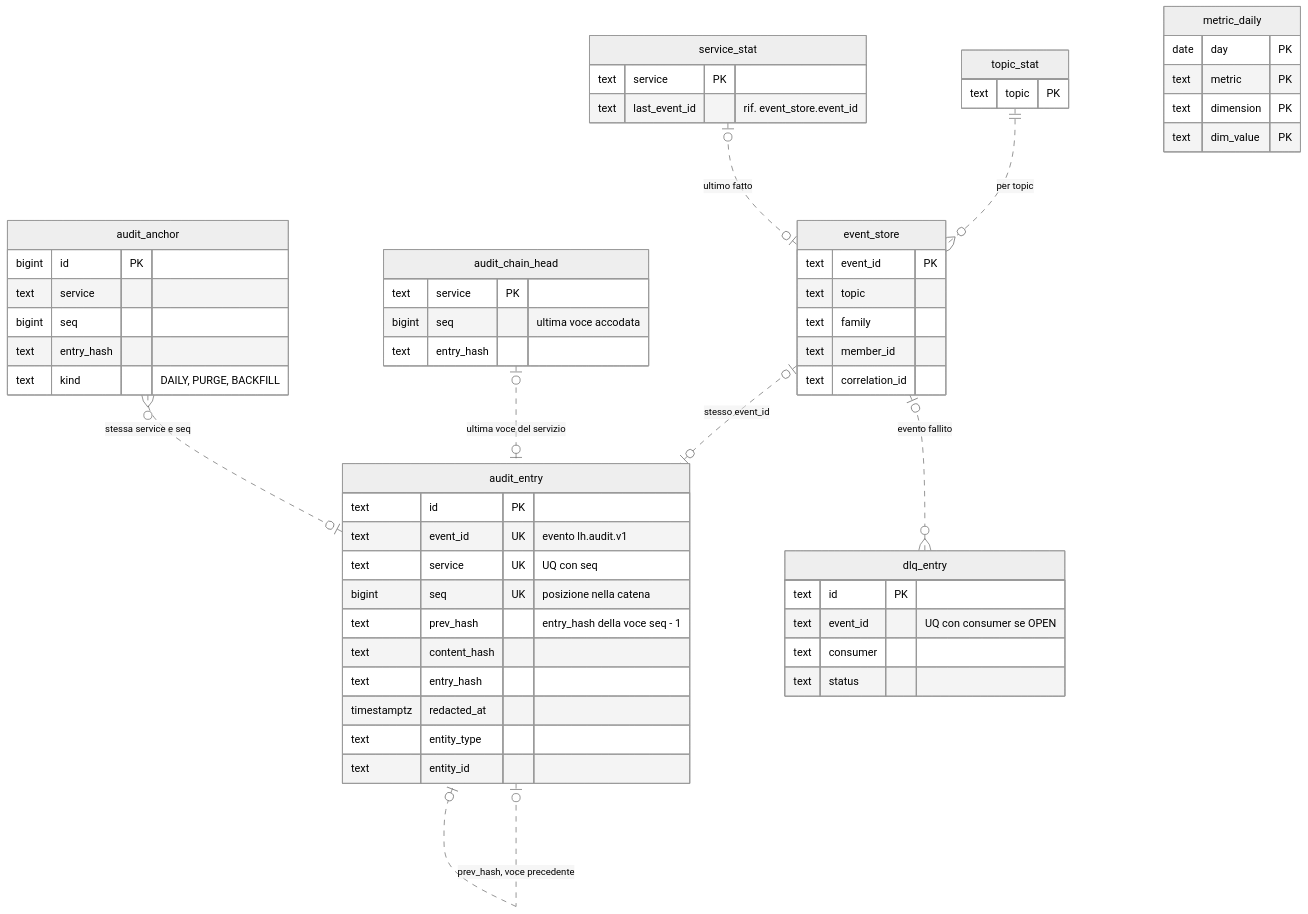
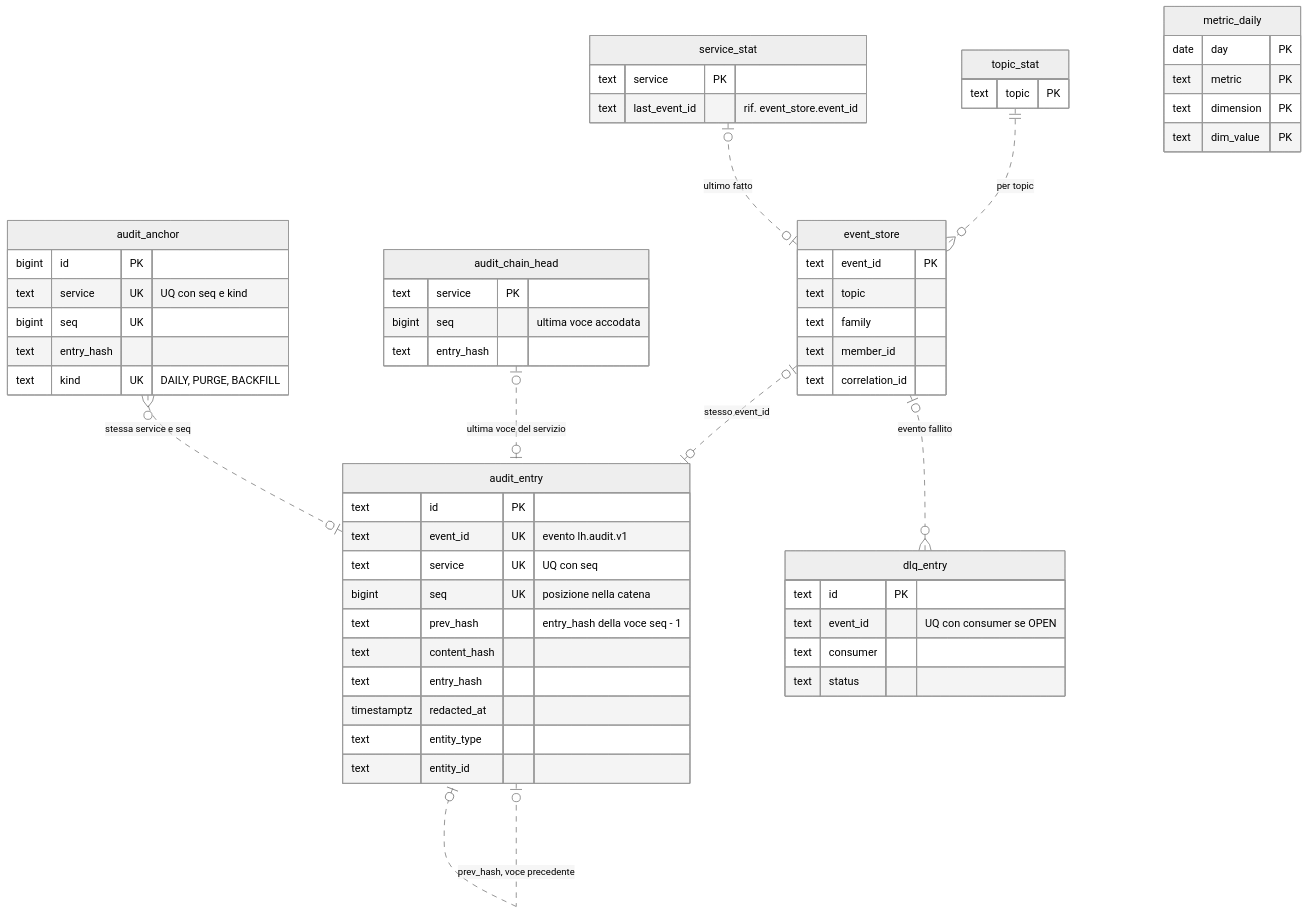
The first of 4 diagrams in docs/servizi/insight-service.md (peppe-ruv/Loyalty_Sys), drawn with Mermaid (neutral theme) before and after one commit. The commit also changed other lines of this file and 5 other files, not shown here.

````diff
--- a/docs/servizi/insight-service.md
+++ b/docs/servizi/insight-service.md
@@ -23,62 +23,62 @@
 ```mermaid
 erDiagram
   accTitle: Tabelle dello schema insight
   accDescr: L'event store conserva gli eventi dei cinque topic; le statistiche per topic e per servizio ne riassumono l'ultimo arrivo; audit e DLQ hanno una voce per evento; le voci di audit di un servizio sono in catena, con una testa per servizio e ancore registrate a parte; le metriche giornaliere sono aggregati indipendenti.
   event_store {
     text event_id PK
     text topic
     text family
     text member_id
     text correlation_id
   }
   topic_stat {
     text topic PK
   }
   service_stat {
     text service PK
     text last_event_id "rif. event_store.event_id"
   }
   audit_entry {
     text id PK
     text event_id UK "evento lh.audit.v1"
     text service UK "UQ con seq"
     bigint seq UK "posizione nella catena"
     text prev_hash "entry_hash della voce seq - 1"
     text content_hash
     text entry_hash
     timestamptz redacted_at
     text entity_type
     text entity_id
   }
   audit_chain_head {
     text service PK
     bigint seq "ultima voce accodata"
     text entry_hash
   }
   audit_anchor {
     bigint id PK
-    text service
-    bigint seq
+    text service UK "UQ con seq e kind"
+    bigint seq UK
     text entry_hash
-    text kind "DAILY, PURGE, BACKFILL"
+    text kind UK "DAILY, PURGE, BACKFILL"
   }
   dlq_entry {
     text id PK
     text event_id "UQ con consumer se OPEN"
     text consumer
     text status
   }
   metric_daily {
     date day PK
     text metric PK
     text dimension PK
     text dim_value PK
   }
   topic_stat ||..o{ event_store : "per topic"
   service_stat |o..o| event_store : "ultimo fatto"
   event_store |o..o| audit_entry : "stesso event_id"
   event_store |o..o{ dlq_entry : "evento fallito"
   audit_entry |o..o| audit_entry : "prev_hash, voce precedente"
   audit_chain_head |o..o| audit_entry : "ultima voce del servizio"
   audit_anchor }o..o| audit_entry : "stessa service e seq"
 ```
````
